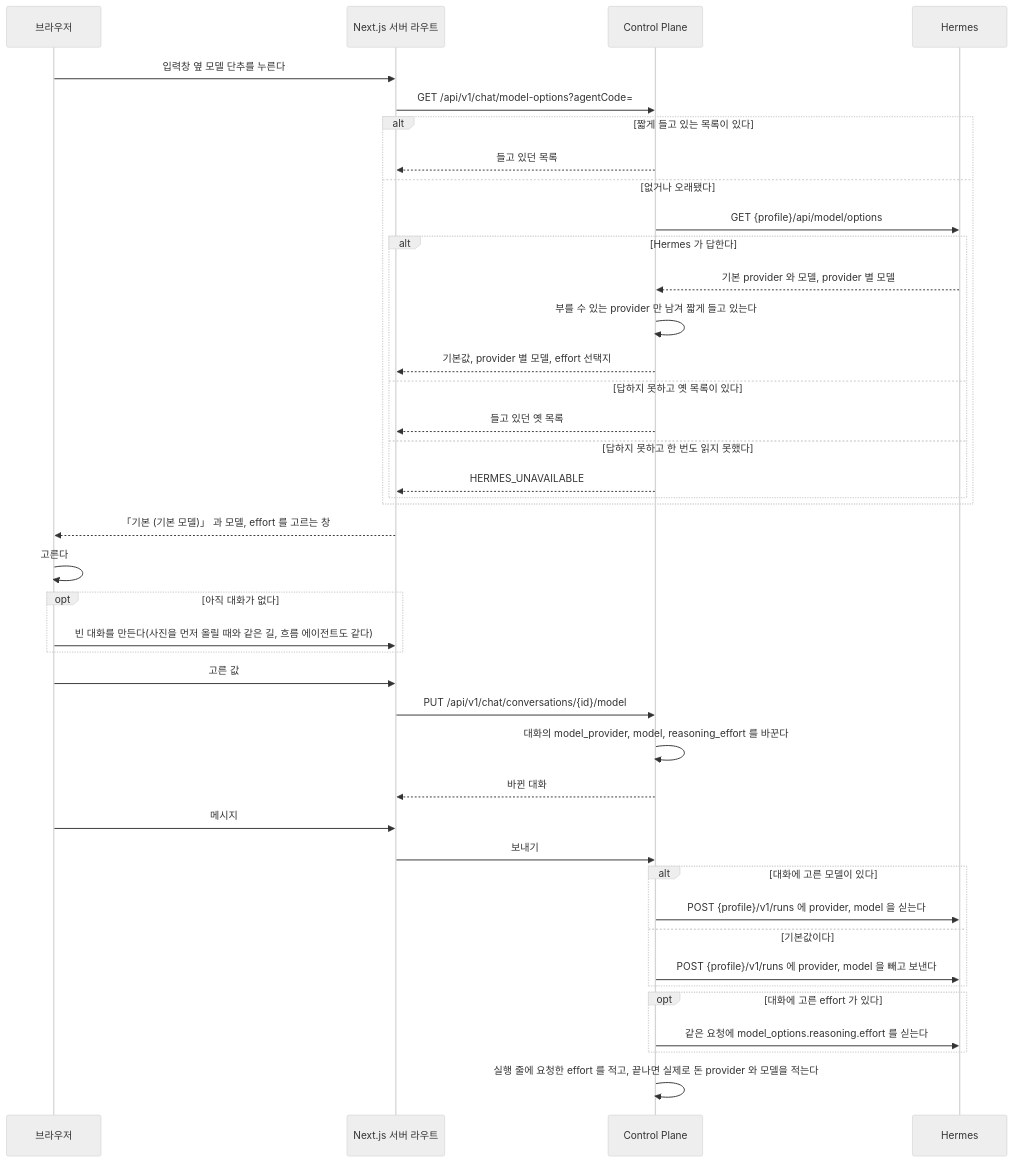
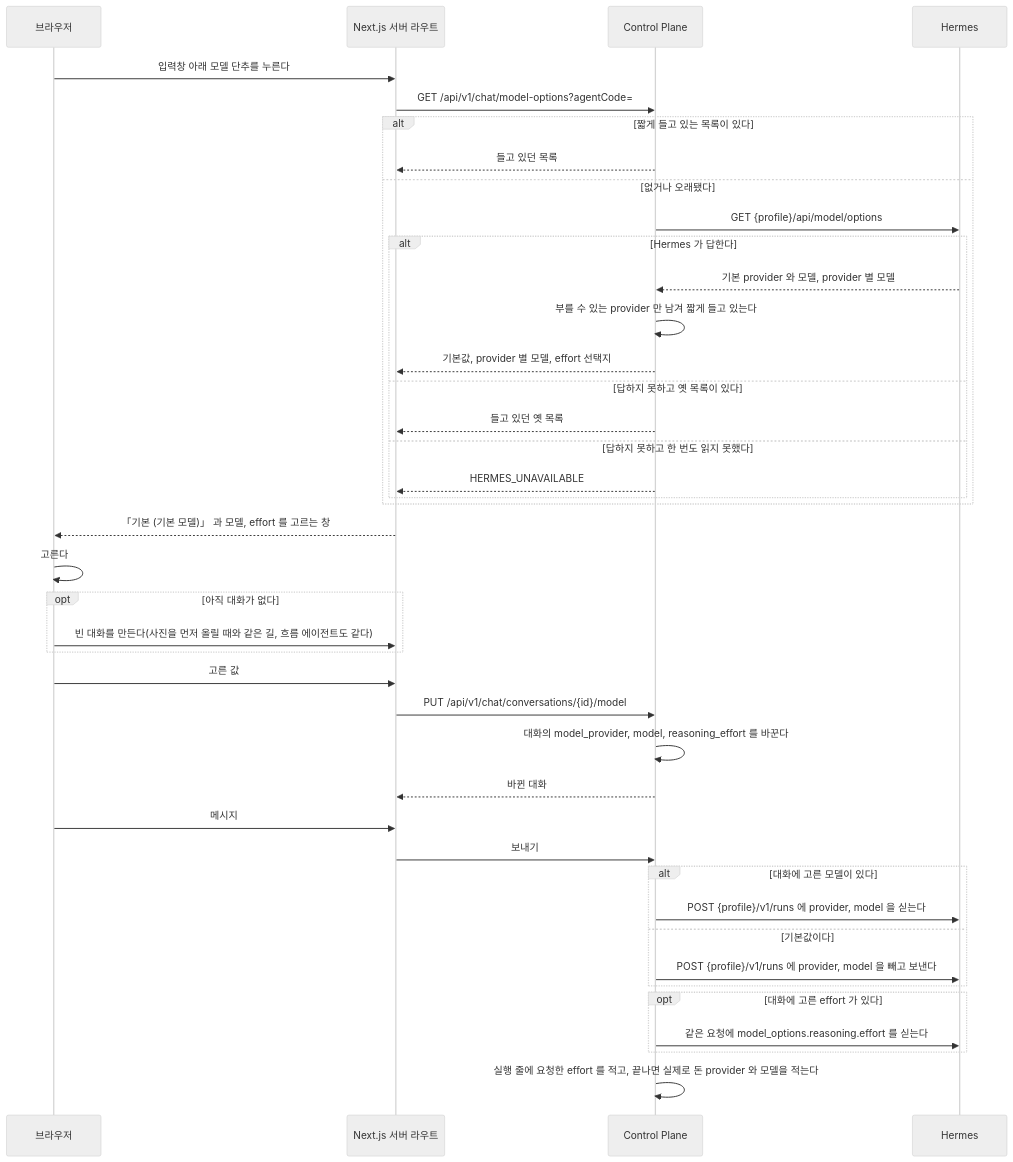
Before and after one commit to jon890/fos-assistant: the eighth of 19 diagrams in docs/flow.md, drawn with Mermaid (neutral theme). The commit also changed other lines of this file and 7 other files, not shown here.

````diff
--- a/docs/flow.md
+++ b/docs/flow.md
@@ -381,44 +381,44 @@
 ```mermaid
 sequenceDiagram
     participant B as 브라우저
     participant W as Next.js 서버 라우트
     participant C as Control Plane
     participant H as Hermes
 
-    B->>W: 입력창 옆 모델 단추를 누른다
+    B->>W: 입력창 아래 모델 단추를 누른다
     W->>C: GET /api/v1/chat/model-options?agentCode=
     alt 짧게 들고 있는 목록이 있다
         C-->>W: 들고 있던 목록
     else 없거나 오래됐다
         C->>H: GET {profile}/api/model/options
         alt Hermes 가 답한다
             H-->>C: 기본 provider 와 모델, provider 별 모델
             C->>C: 부를 수 있는 provider 만 남겨 짧게 들고 있는다
             C-->>W: 기본값, provider 별 모델, effort 선택지
         else 답하지 못하고 옛 목록이 있다
             C-->>W: 들고 있던 옛 목록
         else 답하지 못하고 한 번도 읽지 못했다
             C-->>W: HERMES_UNAVAILABLE
         end
     end
     W-->>B: 「기본 (기본 모델)」 과 모델, effort 를 고르는 창
     B->>B: 고른다
     opt 아직 대화가 없다
         B->>W: 빈 대화를 만든다(사진을 먼저 올릴 때와 같은 길, 흐름 에이전트도 같다)
     end
     B->>W: 고른 값
     W->>C: PUT /api/v1/chat/conversations/{id}/model
     C->>C: 대화의 model_provider, model, reasoning_effort 를 바꾼다
     C-->>W: 바뀐 대화
     B->>W: 메시지
     W->>C: 보내기
     alt 대화에 고른 모델이 있다
         C->>H: POST {profile}/v1/runs 에 provider, model 을 싣는다
     else 기본값이다
         C->>H: POST {profile}/v1/runs 에 provider, model 을 빼고 보낸다
     end
     opt 대화에 고른 effort 가 있다
         C->>H: 같은 요청에 model_options.reasoning.effort 를 싣는다
     end
     C->>C: 실행 줄에 요청한 effort 를 적고, 끝나면 실제로 돈 provider 와 모델을 적는다
 ```
````
